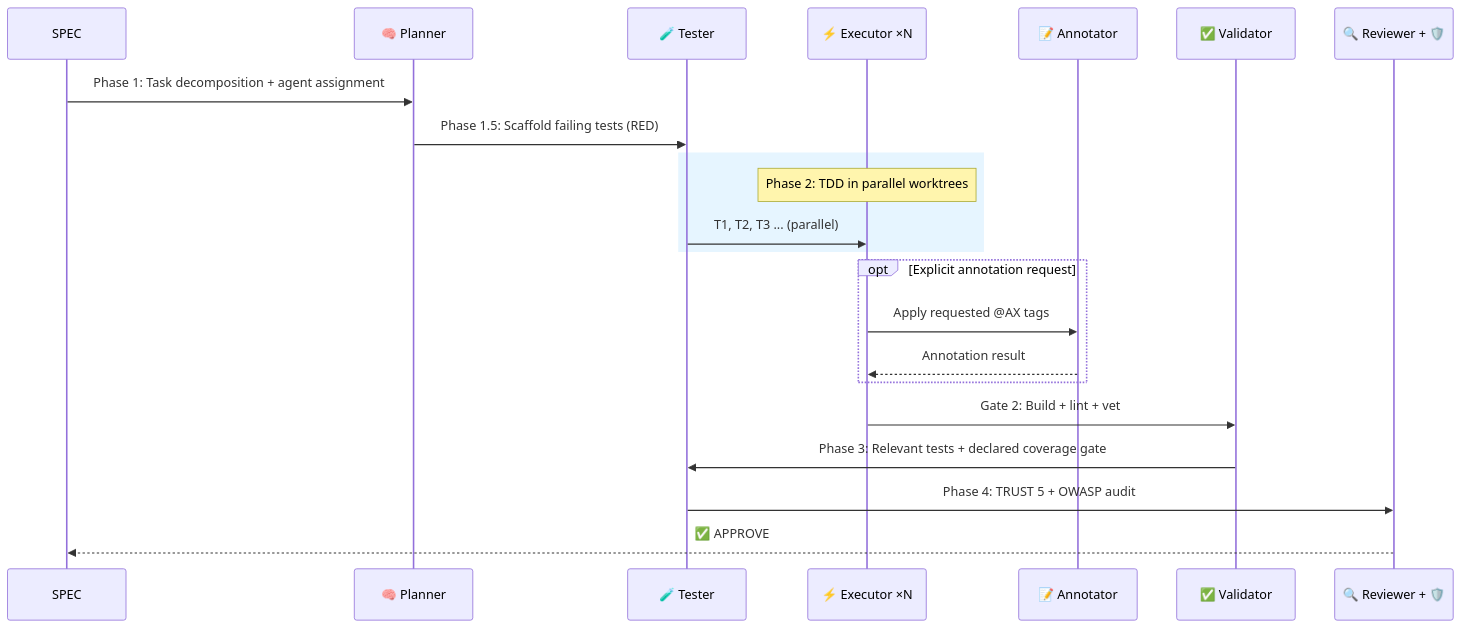
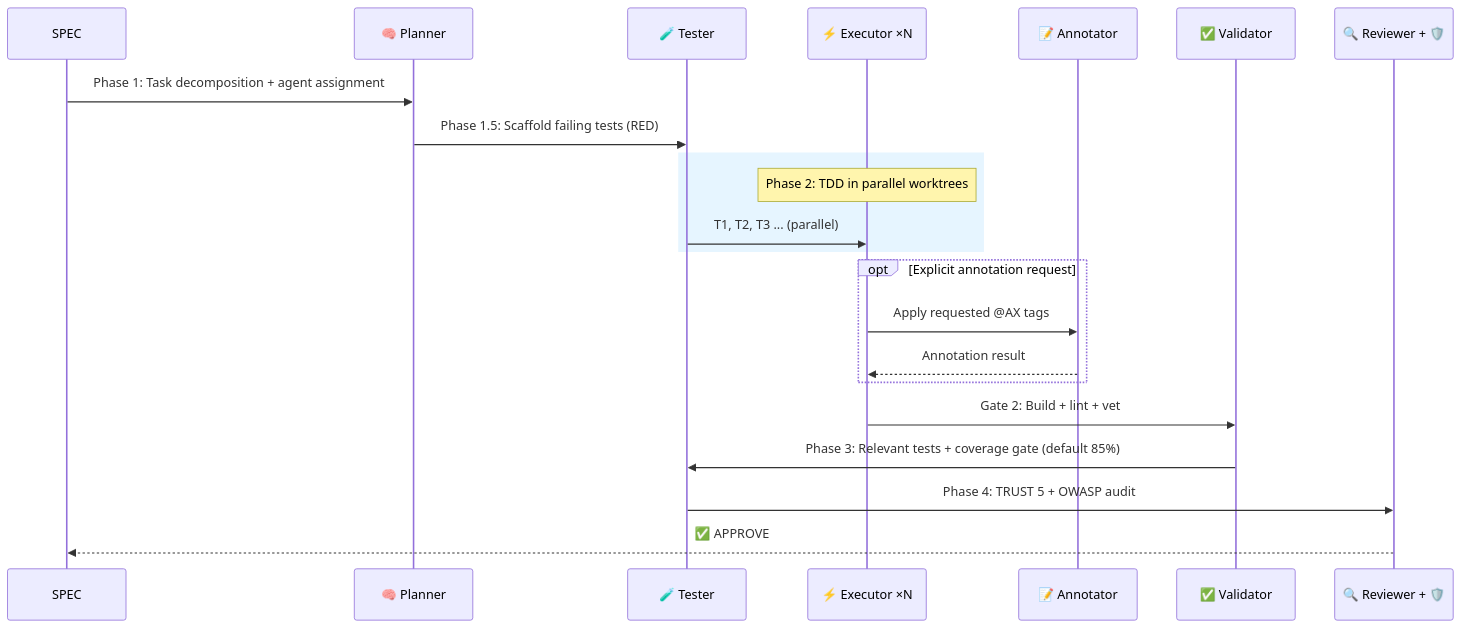
One commit to autopus-ai/autopus-adk changed the fifth of 6 diagrams in README.md. Above: the diagram before and after it, drawn with Mermaid. The commit also changed other lines of this file and 45 other files, not shown here.

````diff
--- a/README.md
+++ b/README.md
@@ -1126,27 +1126,27 @@
 ```mermaid
 sequenceDiagram
     participant S as SPEC
     participant P as 🧠 Planner
     participant T as 🧪 Tester
     participant E as ⚡ Executor ×N
     participant A as 📝 Annotator
     participant V as ✅ Validator
     participant R as 🔍 Reviewer + 🛡️
 
     S->>P: Phase 1: Task decomposition + agent assignment
     P->>T: Phase 1.5: Scaffold failing tests (RED)
 
     rect rgb(230, 245, 255)
         Note over E: Phase 2: TDD in parallel worktrees
         T->>E: T1, T2, T3 ... (parallel)
     end
 
     opt Explicit annotation request
         E->>A: Apply requested @AX tags
         A-->>E: Annotation result
     end
     E->>V: Gate 2: Build + lint + vet
-    V->>T: Phase 3: Relevant tests + declared coverage gate
+    V->>T: Phase 3: Relevant tests + coverage gate (default 85%)
     T->>R: Phase 4: TRUST 5 + OWASP audit
     R-->>S: ✅ APPROVE
 ```
````
